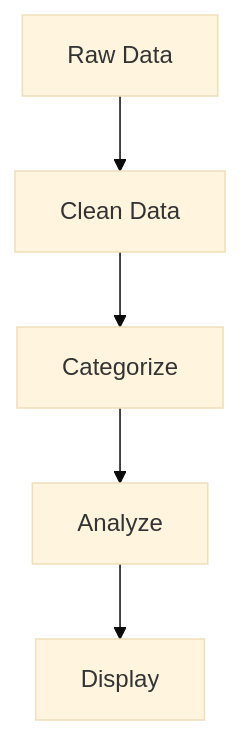
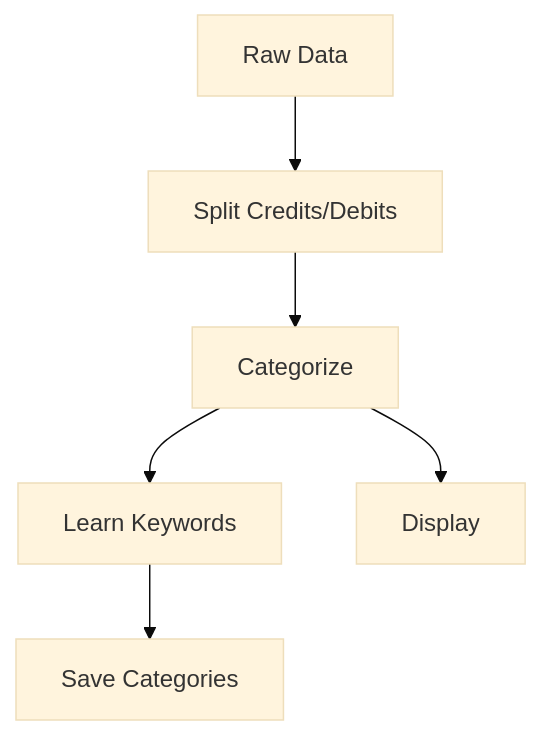
Before and after one commit to gjlp25/Finances: the second of 3 diagrams in memory-bank/techContext.md, drawn with Mermaid (base theme). The commit also changed other lines of this file and 7 other files, not shown here.

````diff
--- a/memory-bank/techContext.md
+++ b/memory-bank/techContext.md
@@ -130,7 +152,8 @@
 ```mermaid
 flowchart TD
-    Raw[Raw Data] --> Clean[Clean Data]
-    Clean --> Categorize[Categorize]
-    Categorize --> Analyze[Analyze]
-    Analyze --> Display[Display]
+    Raw[Raw Data] --> Split[Split Credits/Debits]
+    Split --> Categorize[Categorize]
+    Categorize --> Learn[Learn Keywords]
+    Learn --> Save[Save Categories]
+    Categorize --> Display[Display]
 ```
````
